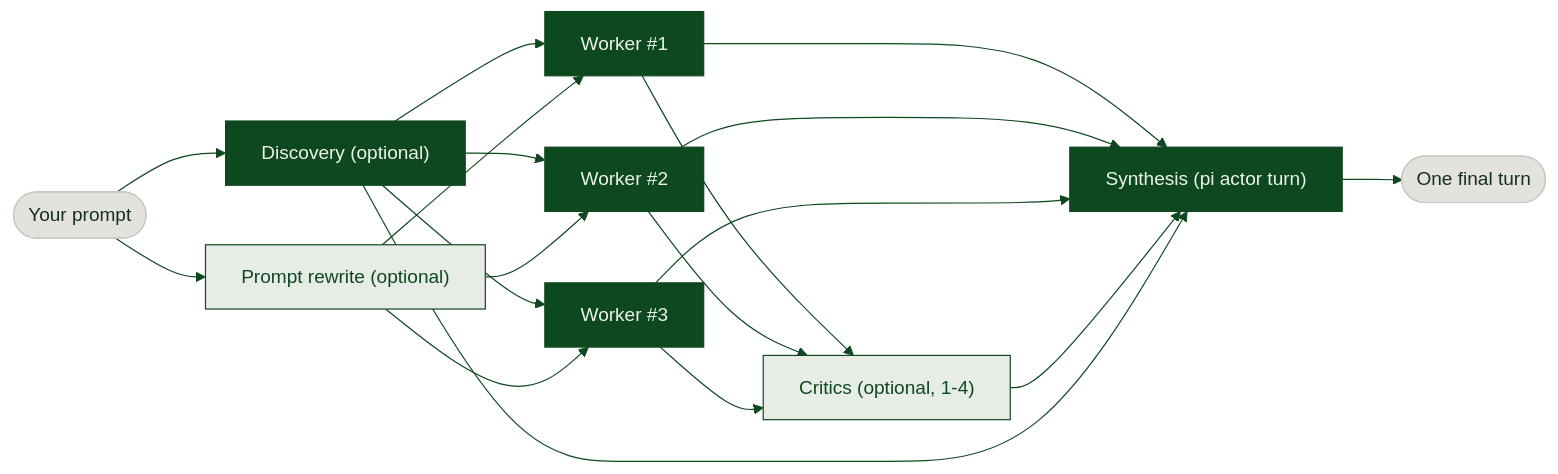
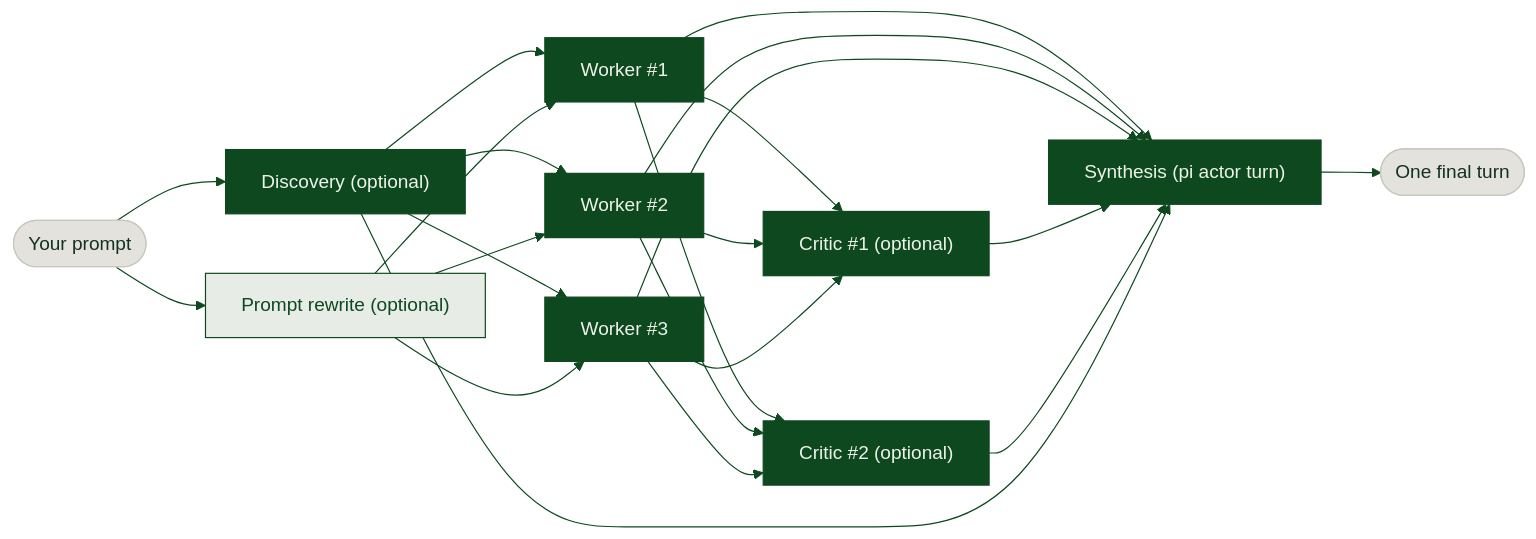
Before and after one commit to plutospp/pi-fusion: the diagram in README.md, drawn with Mermaid. The commit also changed other lines of this file and 6 other files, not shown here.

````diff
--- a/README.md
+++ b/README.md
@@ -57,27 +57,31 @@
 ```mermaid
 %%{init: {"theme":"base","themeVariables":{"fontFamily":"Inter, system-ui, sans-serif","lineColor":"#0E481F","primaryColor":"#0E481F","primaryTextColor":"#EEF3EA","primaryBorderColor":"#0E481F"}}}%%
 flowchart LR
   U([Your prompt]) --> D["Discovery (optional)"]
   U --> R["Prompt rewrite (optional)"]
   D --> W1[Worker #1]
   D --> W2[Worker #2]
   D --> W3[Worker #3]
   R --> W1
   R --> W2
   R --> W3
-  W1 --> C["Critics (optional, 1-4)"]
-  W2 --> C
-  W3 --> C
+  W1 --> C1["Critic #1 (optional)"]
+  W2 --> C1
+  W3 --> C1
+  W1 --> C2["Critic #2 (optional)"]
+  W2 --> C2
+  W3 --> C2
   W1 --> A["Synthesis (pi actor turn)"]
   W2 --> A
   W3 --> A
-  C --> A
+  C1 --> A
+  C2 --> A
   D --> A
   A --> O([One final turn])
   classDef solid fill:#0E481F,stroke:#0E481F,color:#EEF3EA;
   classDef outline fill:#E7ECE6,stroke:#0E481F,color:#0E481F;
   classDef pill fill:#E3E2DC,stroke:#C7C7C0,color:#16301F;
   class U,O pill;
-  class D,W1,W2,W3,A solid;
-  class R,C outline;
+  class D,W1,W2,W3,C1,C2,A solid;
+  class R outline;
 ```
````
